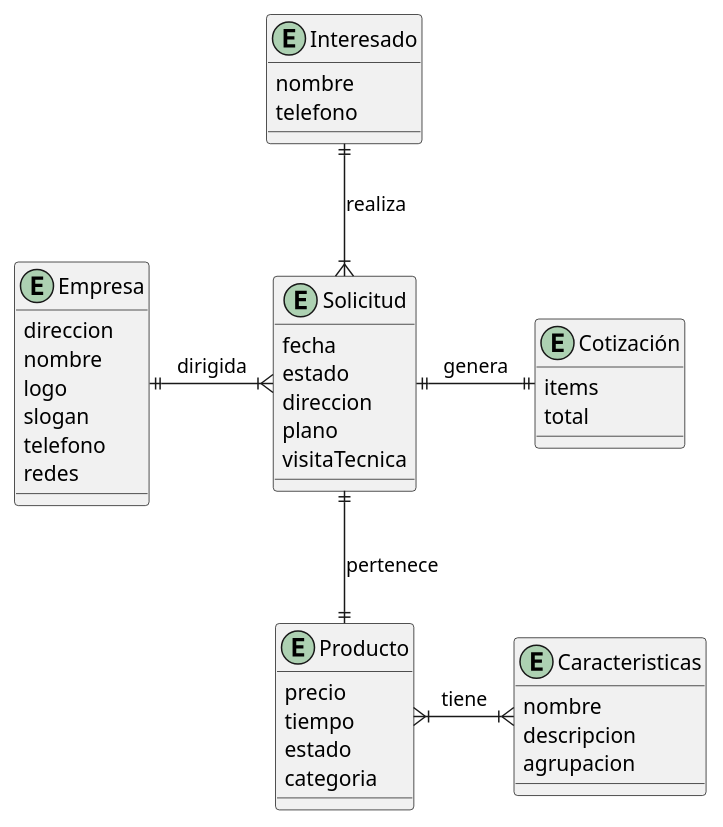
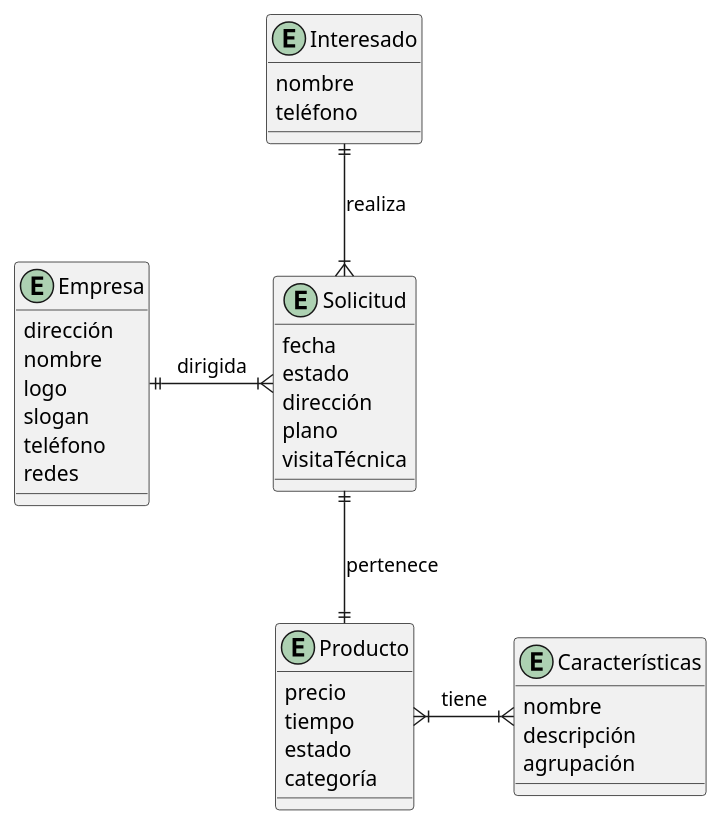
Before and after one commit to Los-Waza/MetalK_Documentation: the diagram in metalK_mer.puml, drawn with PlantUML. The commit also changed 3 other files, not shown here.

```diff
--- a/metalK_mer.puml
+++ b/metalK_mer.puml
@@ -1,50 +1,44 @@
 @startuml MetalK_MER
     top to bottom direction
     skinparam linestyle orto
 
     entity emp as "Empresa"{
-        direccion
+        dirección
         nombre
         logo
         slogan
-        telefono
+        teléfono
         redes
     }
 
     entity pro as "Producto"{
         precio
         tiempo
         estado
-        categoria
+        categoría
     }
 
     entity sol as "Solicitud"{
         fecha
         estado
-        direccion
+        dirección
         plano
-        visitaTecnica
+        visitaTécnica
     }
 
-    entity cot as "Cotización"{
-        items
-        total
-    }
-    
-    entity car as "Caracteristicas"{
+    entity car as "Características"{
         nombre
-        descripcion
-        agrupacion
+        descripción
+        agrupación
     }
 
     entity int as "Interesado"{
         nombre
-        telefono
+        teléfono
     }
 
     pro }|-right-|{ car : tiene
     int ||-down-|{ sol : realiza
     sol ||--|| pro : pertenece
-    sol ||-right-|| cot: genera
     emp ||-right-|{ sol: dirigida
 @enduml
```
